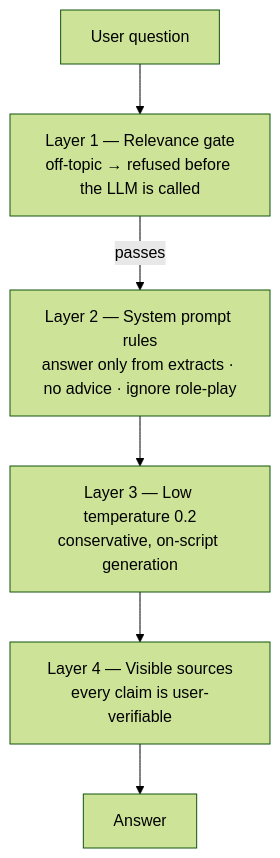
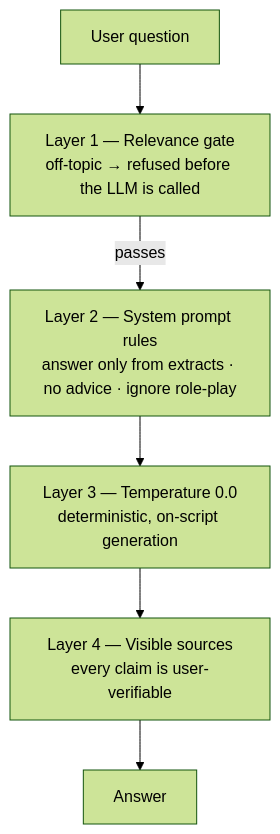
Before and after one commit to zakariae-boui/onssa-rag-chatbot: the diagram in docs/security.md, drawn with Mermaid (forest theme). The commit also changed other lines of this file and 6 other files, not shown here.

First line of the commit message:
chore: default LLM temperature to 0.0 (deterministic, factual)

````diff
--- a/docs/security.md
+++ b/docs/security.md
@@ -15,8 +15,8 @@
 ```mermaid
 flowchart TD
     Q[User question] --> L1[Layer 1 — Relevance gate<br/>off-topic → refused before the LLM is called]
     L1 -- passes --> L2[Layer 2 — System prompt rules<br/>answer only from extracts · no advice · ignore role-play]
-    L2 --> L3[Layer 3 — Low temperature 0.2<br/>conservative, on-script generation]
+    L2 --> L3[Layer 3 — Temperature 0.0<br/>deterministic, on-script generation]
     L3 --> L4[Layer 4 — Visible sources<br/>every claim is user-verifiable]
     L4 --> A[Answer]
 ```
````
